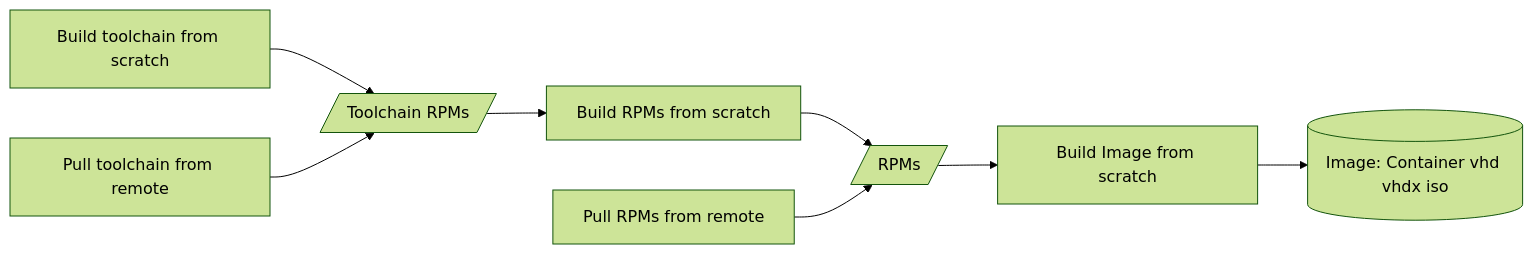
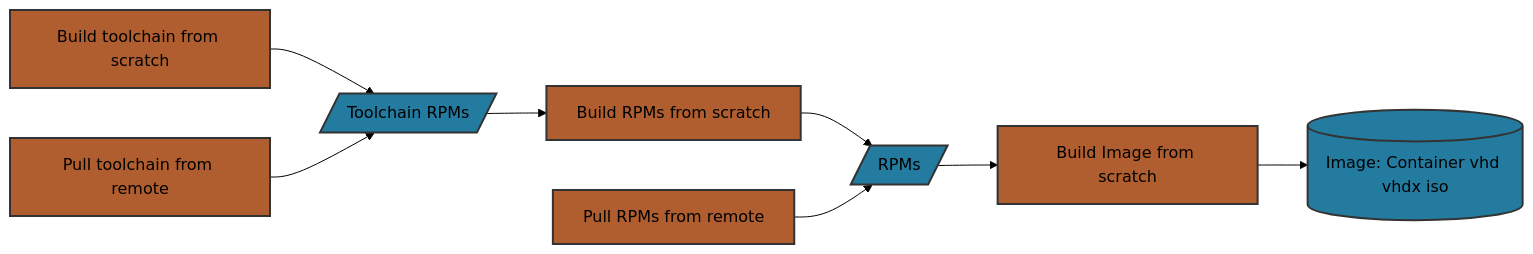
One commit to microsoft/azurelinux changed the third of 6 diagrams in toolkit/docs/how_it_works/0_intro.md. Above: the diagram before and after it, drawn with Mermaid (forest theme). The commit also changed other lines of this file, not shown here.

````diff
--- a/toolkit/docs/how_it_works/0_intro.md
+++ b/toolkit/docs/how_it_works/0_intro.md
@@ -49,20 +67,29 @@
 ```mermaid
 flowchart LR
-    buildTC[Build toolchain from scratch]
-    pullTC[Pull toolchain from remote]
-    tcRPMS[/Toolchain RPMs/]
-    buildRPMS[Build RPMs from scratch]
-    pullRPMS[Pull RPMs from remote]
-    rpms[/RPMs/]
-    buildImage[Build Image from scratch]
-    image[(Image: Container vhd vhdx iso)]
+    %% style definitions
+    classDef io fill:#247BA0,stroke:#333,stroke-width:2px;
+    classDef process fill:#B05E2F,stroke:#333,stroke-width:2px;
+    classDef decision fill:#51344D,stroke:#333,stroke-width:2px;
+    classDef goodState fill:#566E40,stroke:#333,stroke-width:2px;
+    classDef badState fill:#BC4B51,stroke:#333,stroke-width:2px;
 
+    %% node definitions
+    buildTC[Build toolchain from scratch]:::process
+    pullTC[Pull toolchain from remote]:::process
+    tcRPMS[/Toolchain RPMs/]:::io
+    buildRPMS[Build RPMs from scratch]:::process
+    pullRPMS[Pull RPMs from remote]:::process
+    rpms[/RPMs/]:::io
+    buildImage[Build Image from scratch]:::process
+    image[(Image: Container vhd vhdx iso)]:::io
+
+    %% node flow
     buildTC --> tcRPMS
     pullTC --> tcRPMS
     tcRPMS --> buildRPMS
     buildRPMS --> rpms
     pullRPMS --> rpms
     rpms --> buildImage
     buildImage --> image
 
 ```
````
